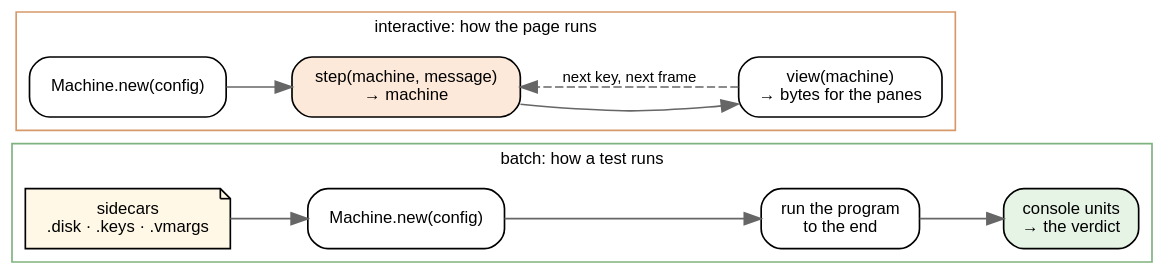
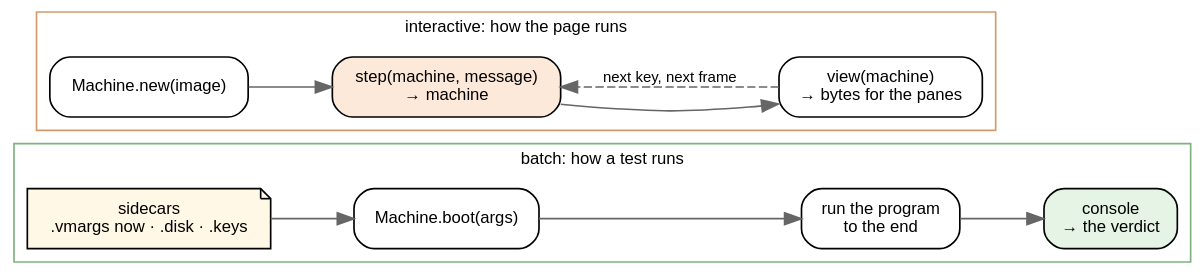
The fifth of 7 diagrams in notes/roc-machine-emulator.md (showell/essay-repl-server), drawn with Graphviz before and after one commit. The commit also changed other lines of this file, not shown here.

First line of the commit message:
roc-machine-emulator: step 2, an emitted Codex unit on the machine; where Roc sits

````diff
--- a/notes/roc-machine-emulator.md
+++ b/notes/roc-machine-emulator.md
@@ -82,25 +215,25 @@
 ```dot
 digraph modes {
   rankdir=LR; bgcolor="transparent";
   node [shape=box style="rounded,filled" fontname="Helvetica" fontsize=10 fillcolor="#ffffff"];
   edge [fontname="Helvetica" fontsize=9 color="#666666"];
 
   subgraph cluster_batch {
     label="batch: how a test runs"; fontname="Helvetica"; fontsize=10; color="#7fb27f";
-    side [label="sidecars\n.disk · .keys · .vmargs" shape=note fillcolor="#fff8e6"];
-    b1 [label="Machine.new(config)"];
+    side [label="sidecars\n.vmargs now · .disk · .keys" shape=note fillcolor="#fff8e6"];
+    b1 [label="Machine.boot(args)"];
     b2 [label="run the program\nto the end"];
-    b3 [label="console units\n→ the verdict" fillcolor="#e6f4e6"];
+    b3 [label="console\n→ the verdict" fillcolor="#e6f4e6"];
     side -> b1 -> b2 -> b3;
   }
 
   subgraph cluster_live {
     label="interactive: how the page runs"; fontname="Helvetica"; fontsize=10; color="#d69a6a";
-    l1 [label="Machine.new(config)"];
+    l1 [label="Machine.new(image)"];
     l2 [label="step(machine, message)\n→ machine" fillcolor="#fde9d9"];
     l3 [label="view(machine)\n→ bytes for the panes"];
     l1 -> l2 -> l3;
     l3 -> l2 [label="next key, next frame" style=dashed];
   }
 }
 ```
````
